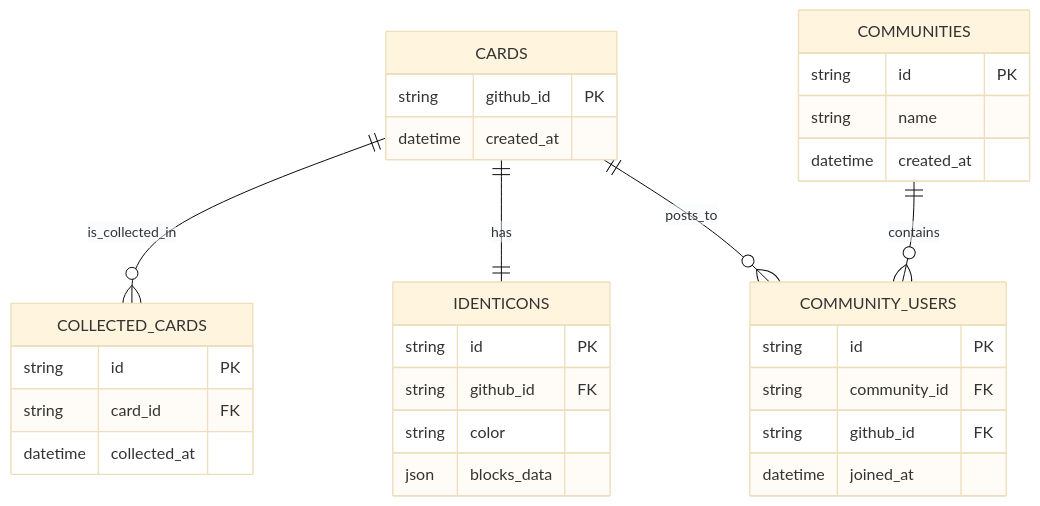
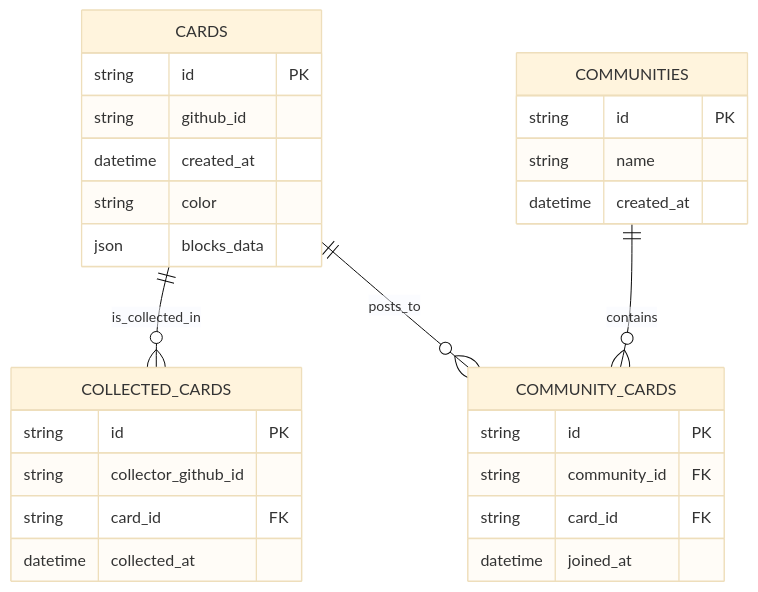
The diagram in docs/er.md (furarico/octo-deck-api), drawn with Mermaid (base theme) before and after one commit. The commit also changed 21 other files, not shown here.

````diff
--- a/docs/er.md
+++ b/docs/er.md
@@ -3,38 +3,34 @@
 ```mermaid
 erDiagram
     CARDS {
-        string github_id PK
+        string id PK
+        string github_id
         datetime created_at
+        string color
+        json blocks_data
     }
 
     COLLECTED_CARDS {
         string id PK
+        string collector_github_id
         string card_id FK
         datetime collected_at
-    }
-
-    IDENTICONS {
-        string id PK
-        string github_id FK
-        string color
-        json blocks_data
     }
 
     COMMUNITIES {
         string id PK
         string name
         datetime created_at
     }
 
-    COMMUNITY_USERS {
+    COMMUNITY_CARDS {
         string id PK
         string community_id FK
-        string github_id FK
+        string card_id FK
         datetime joined_at
     }
 
     CARDS ||--o{ COLLECTED_CARDS : is_collected_in
-    CARDS ||--|| IDENTICONS : has
-    CARDS ||--o{ COMMUNITY_USERS : posts_to
-    COMMUNITIES ||--o{ COMMUNITY_USERS : contains
+    CARDS ||--o{ COMMUNITY_CARDS : posts_to
+    COMMUNITIES ||--o{ COMMUNITY_CARDS : contains
 ```
````
